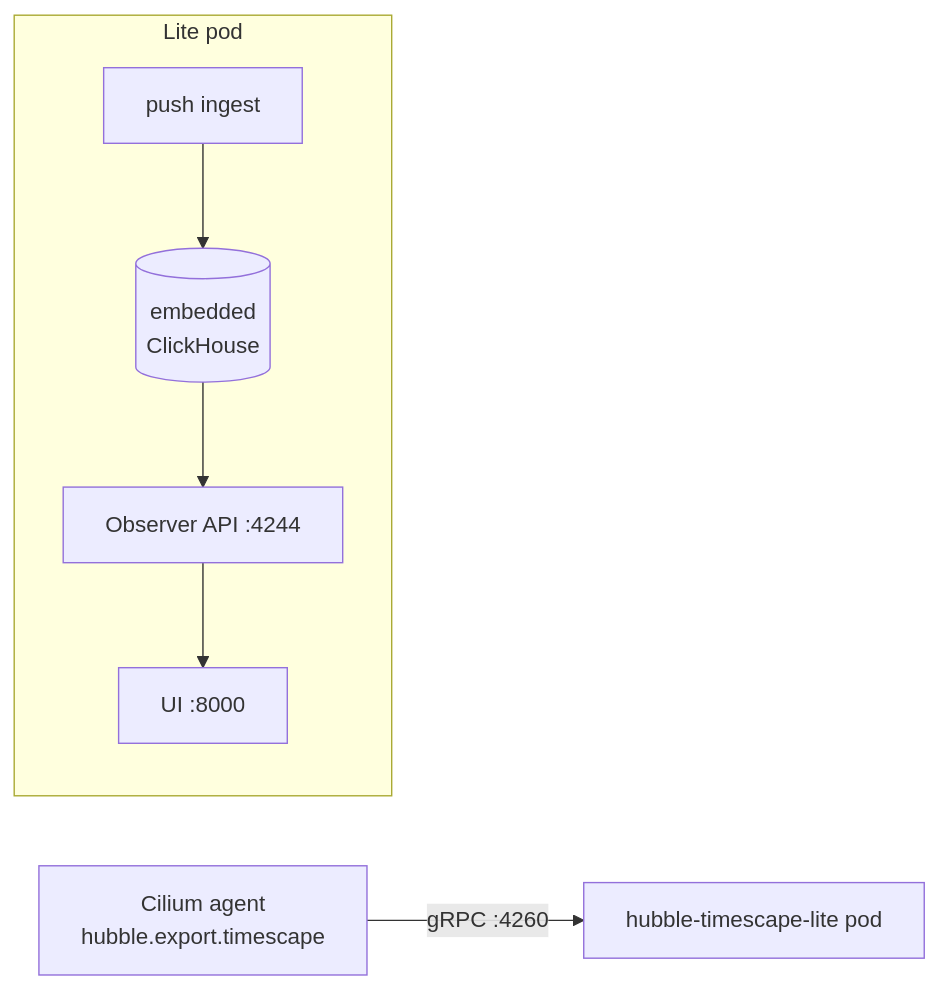
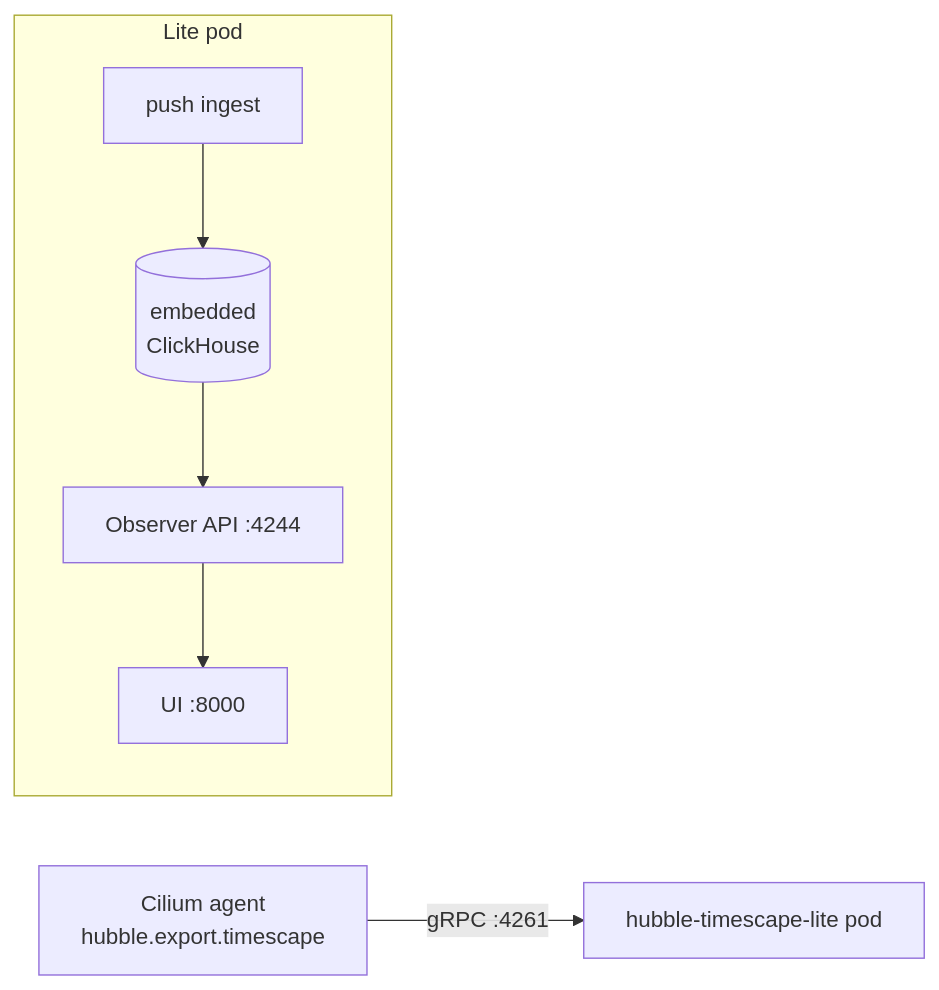
The second of 2 diagrams in ISOVALENT_FEATURES.md (thiachan/CiliumEnterprise-EKS), drawn with Mermaid before and after one commit. The commit also changed other lines of this file and 1 other file, not shown here.

Commit message:
docs(timescape): export target is gRPC :4261; note lite 1h flow retention

````diff
--- a/ISOVALENT_FEATURES.md
+++ b/ISOVALENT_FEATURES.md
@@ -650,9 +650,9 @@
 ```mermaid
 flowchart LR
-    Cilium["Cilium agent<br/>hubble.export.timescape"] -->|"gRPC :4260"| Lite["hubble-timescape-lite pod"]
+    Cilium["Cilium agent<br/>hubble.export.timescape"] -->|"gRPC :4261"| Lite["hubble-timescape-lite pod"]
     subgraph Lite pod
       Ing["push ingest"] --> CH[("embedded<br/>ClickHouse")]
       CH --> Srv["Observer API :4244"]
       Srv --> UI["UI :8000"]
     end
 ```
````
